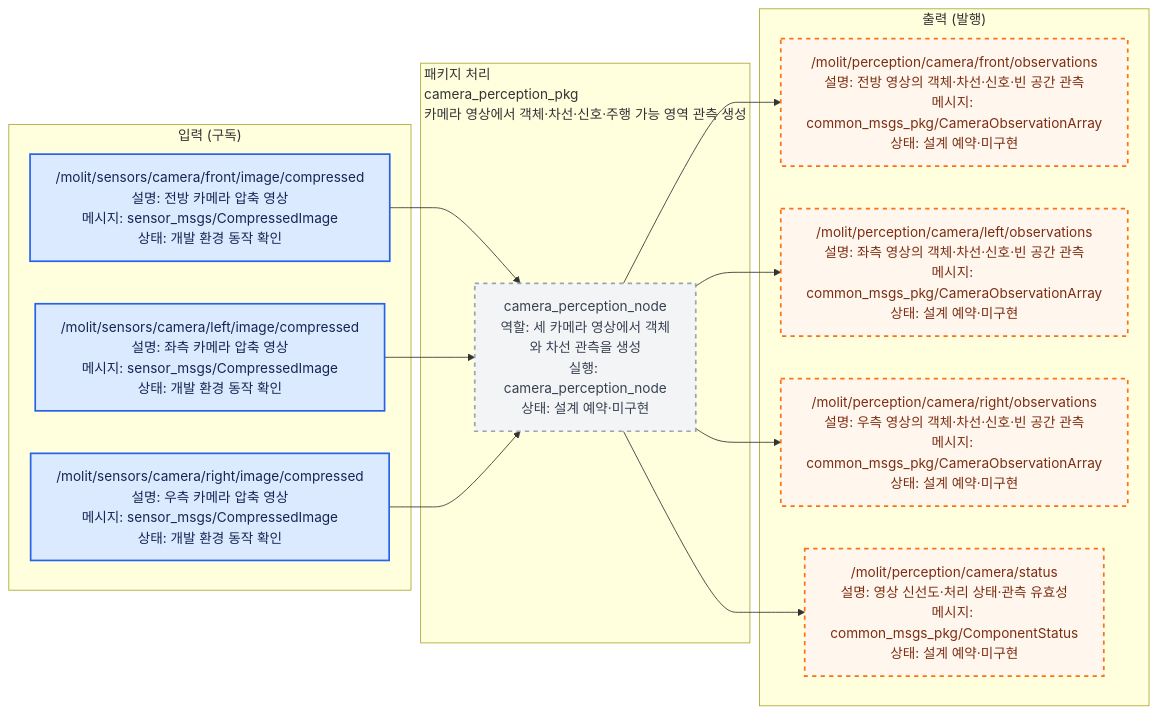
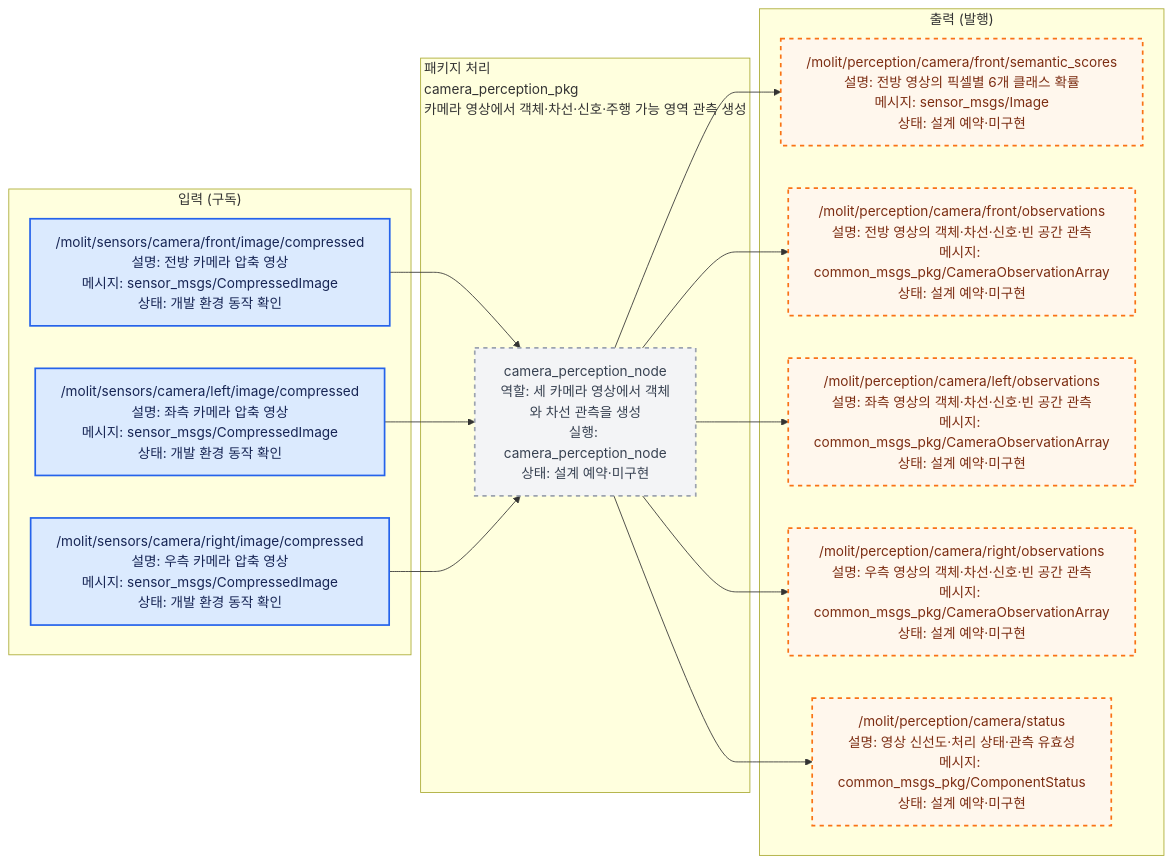
One commit to Team-Stier/Morai_Sim_team2 changed the diagram in src/camera_perception_pkg/docs/interface_io.mmd. Above: the diagram before and after it, drawn with Mermaid. The commit also changed 44 other files, not shown here.

```diff
--- a/src/camera_perception_pkg/docs/interface_io.mmd
+++ b/src/camera_perception_pkg/docs/interface_io.mmd
@@ -1,41 +1,44 @@
 %% AUTO-GENERATED by ros_architecture_pkg/scripts/generate_interface_diagrams.py. DO NOT EDIT.
 %% Source of truth: ros_architecture_pkg/config/interface_contract.yaml
 flowchart LR
     classDef liveNode fill:#dcfce7,color:#14532d,stroke:#16a34a,stroke-width:2px;
     classDef reservedNode fill:#f3f4f6,color:#374151,stroke:#9ca3af,stroke-width:2px,stroke-dasharray: 5 5;
     classDef liveTopic fill:#dbeafe,color:#172554,stroke:#2563eb,stroke-width:2px;
     classDef reservedTopic fill:#fff7ed,color:#7c2d12,stroke:#f97316,stroke-width:2px,stroke-dasharray: 5 5;
     classDef emptyPort fill:#ffffff,color:#6b7280,stroke:#d1d5db,stroke-dasharray: 3 3;
     classDef externalEndpoint fill:#f3e8ff,color:#581c87,stroke:#9333ea,stroke-width:3px;
 
     subgraph INPUTS["입력 (구독)"]
         input_000["/molit/sensors/camera/front/image/compressed<br/>설명: 전방 카메라 압축 영상<br/>메시지: sensor_msgs/CompressedImage<br/>상태: 개발 환경 동작 확인"]
         input_001["/molit/sensors/camera/left/image/compressed<br/>설명: 좌측 카메라 압축 영상<br/>메시지: sensor_msgs/CompressedImage<br/>상태: 개발 환경 동작 확인"]
         input_002["/molit/sensors/camera/right/image/compressed<br/>설명: 우측 카메라 압축 영상<br/>메시지: sensor_msgs/CompressedImage<br/>상태: 개발 환경 동작 확인"]
     end
     subgraph PACKAGE["패키지 처리<br/>camera_perception_pkg<br/>카메라 영상에서 객체·차선·신호·주행 가능 영역 관측 생성"]
         local_node_000["camera_perception_node<br/>역할: 세 카메라 영상에서 객체와 차선 관측을 생성<br/>실행: camera_perception_node<br/>상태: 설계 예약·미구현"]
     end
     subgraph OUTPUTS["출력 (발행)"]
-        output_000["/molit/perception/camera/front/observations<br/>설명: 전방 영상의 객체·차선·신호·빈 공간 관측<br/>메시지: common_msgs_pkg/CameraObservationArray<br/>상태: 설계 예약·미구현"]
-        output_001["/molit/perception/camera/left/observations<br/>설명: 좌측 영상의 객체·차선·신호·빈 공간 관측<br/>메시지: common_msgs_pkg/CameraObservationArray<br/>상태: 설계 예약·미구현"]
-        output_002["/molit/perception/camera/right/observations<br/>설명: 우측 영상의 객체·차선·신호·빈 공간 관측<br/>메시지: common_msgs_pkg/CameraObservationArray<br/>상태: 설계 예약·미구현"]
-        output_003["/molit/perception/camera/status<br/>설명: 영상 신선도·처리 상태·관측 유효성<br/>메시지: common_msgs_pkg/ComponentStatus<br/>상태: 설계 예약·미구현"]
+        output_000["/molit/perception/camera/front/semantic_scores<br/>설명: 전방 영상의 픽셀별 6개 클래스 확률<br/>메시지: sensor_msgs/Image<br/>상태: 설계 예약·미구현"]
+        output_001["/molit/perception/camera/front/observations<br/>설명: 전방 영상의 객체·차선·신호·빈 공간 관측<br/>메시지: common_msgs_pkg/CameraObservationArray<br/>상태: 설계 예약·미구현"]
+        output_002["/molit/perception/camera/left/observations<br/>설명: 좌측 영상의 객체·차선·신호·빈 공간 관측<br/>메시지: common_msgs_pkg/CameraObservationArray<br/>상태: 설계 예약·미구현"]
+        output_003["/molit/perception/camera/right/observations<br/>설명: 우측 영상의 객체·차선·신호·빈 공간 관측<br/>메시지: common_msgs_pkg/CameraObservationArray<br/>상태: 설계 예약·미구현"]
+        output_004["/molit/perception/camera/status<br/>설명: 영상 신선도·처리 상태·관측 유효성<br/>메시지: common_msgs_pkg/ComponentStatus<br/>상태: 설계 예약·미구현"]
     end
 
     input_000 --> local_node_000
     input_001 --> local_node_000
     input_002 --> local_node_000
     local_node_000 --> output_000
     local_node_000 --> output_001
     local_node_000 --> output_002
     local_node_000 --> output_003
+    local_node_000 --> output_004
 
     class local_node_000 reservedNode;
     class input_000 liveTopic;
     class input_001 liveTopic;
     class input_002 liveTopic;
     class output_000 reservedTopic;
     class output_001 reservedTopic;
     class output_002 reservedTopic;
     class output_003 reservedTopic;
+    class output_004 reservedTopic;
```
